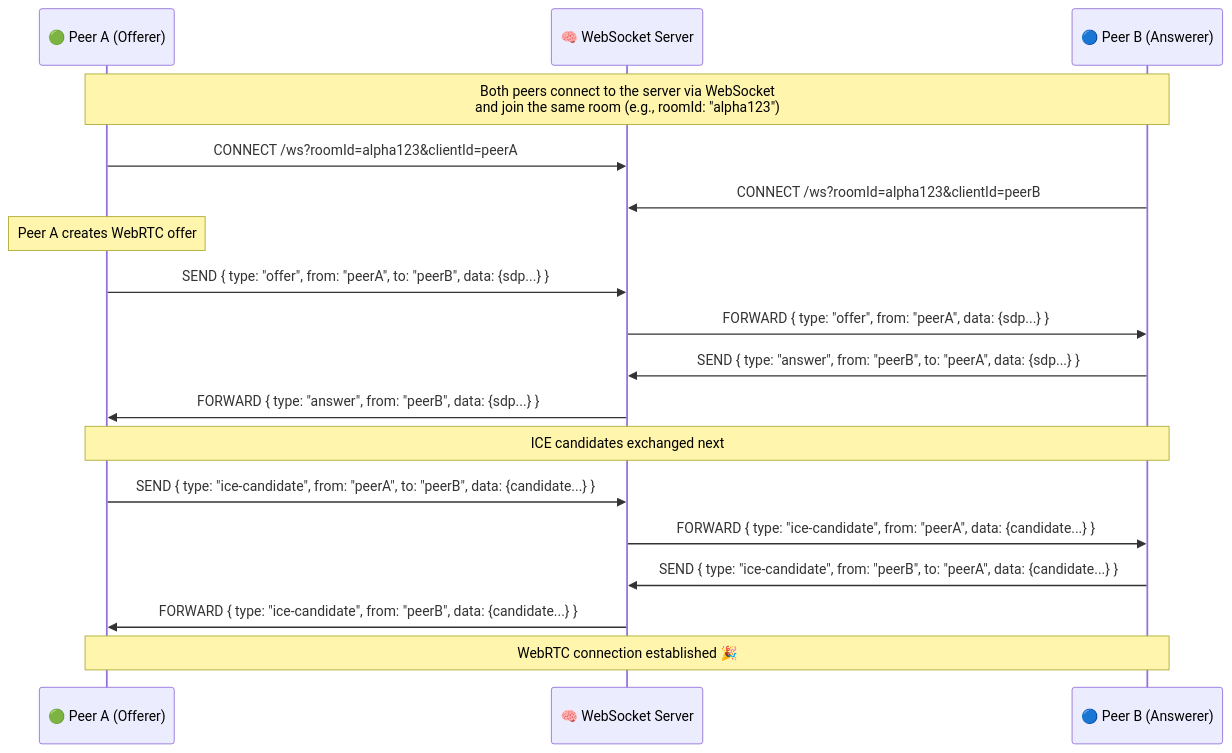
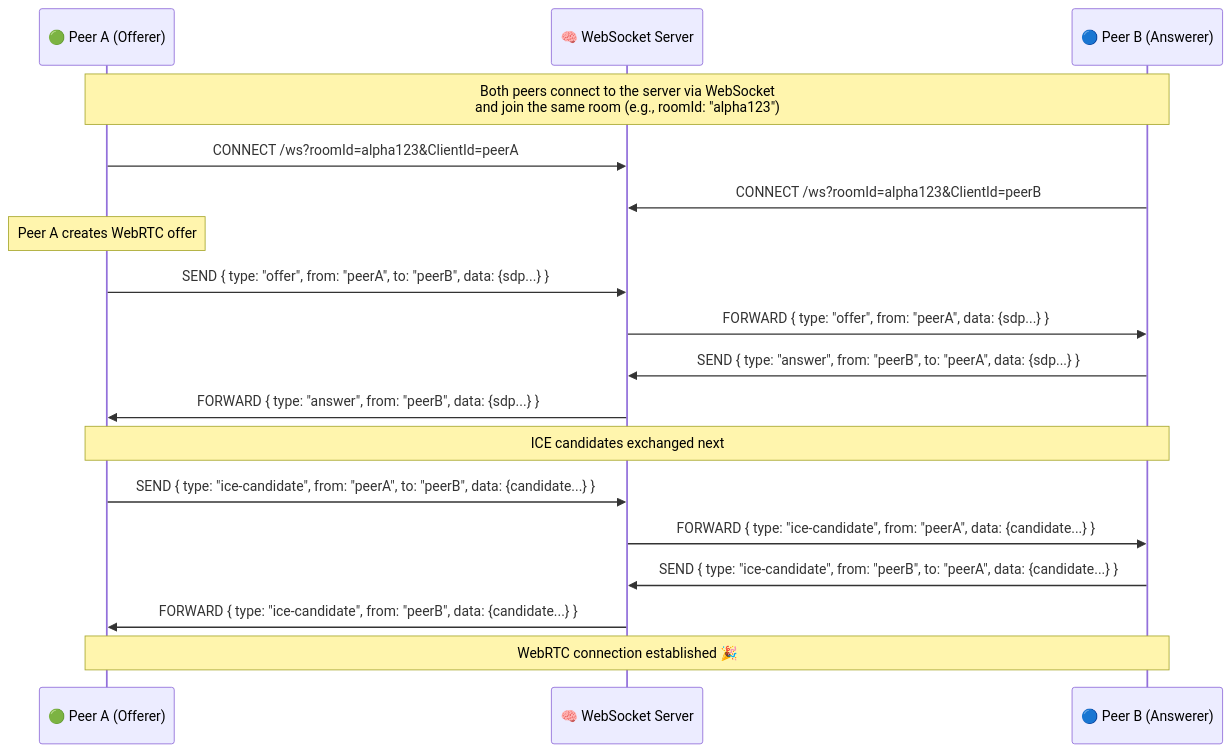
The diagram in README.md (adarsh27april/web-rtc), drawn with Mermaid before and after one commit. The commit also changed other lines of this file and 11 other files, not shown here.

Commit message:
updated new working flow for room creation and joining

````diff
--- a/README.md
+++ b/README.md
@@ -3,29 +3,29 @@
 ```mermaid
 sequenceDiagram
   participant PeerA as 🟢 Peer A (Offerer)
   participant WS as 🧠 WebSocket Server
   participant PeerB as 🔵 Peer B (Answerer)
 
   Note over PeerA, PeerB: Both peers connect to the server via WebSocket<br>and join the same room (e.g., roomId: "alpha123")
 
-  PeerA->>WS: CONNECT /ws?roomId=alpha123&clientId=peerA
-  PeerB->>WS: CONNECT /ws?roomId=alpha123&clientId=peerB
+  PeerA->>WS: CONNECT /ws?roomId=alpha123&ClientId=peerA
+  PeerB->>WS: CONNECT /ws?roomId=alpha123&ClientId=peerB
 
   Note over PeerA: Peer A creates WebRTC offer
 
   PeerA->>WS: SEND { type: "offer", from: "peerA", to: "peerB", data: {sdp...} }
   WS->>PeerB: FORWARD { type: "offer", from: "peerA", data: {sdp...} }
 
   PeerB->>WS: SEND { type: "answer", from: "peerB", to: "peerA", data: {sdp...} }
   WS->>PeerA: FORWARD { type: "answer", from: "peerB", data: {sdp...} }
 
   Note over PeerA, PeerB: ICE candidates exchanged next
 
   PeerA->>WS: SEND { type: "ice-candidate", from: "peerA", to: "peerB", data: {candidate...} }
   WS->>PeerB: FORWARD { type: "ice-candidate", from: "peerA", data: {candidate...} }
 
   PeerB->>WS: SEND { type: "ice-candidate", from: "peerB", to: "peerA", data: {candidate...} }
   WS->>PeerA: FORWARD { type: "ice-candidate", from: "peerB", data: {candidate...} }
 
   Note over PeerA, PeerB: WebRTC connection established 🎉
 ```
````
